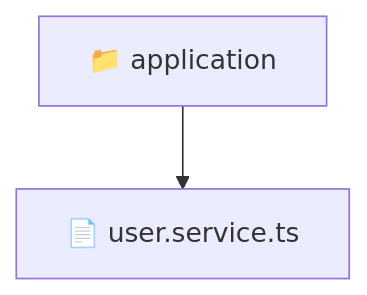
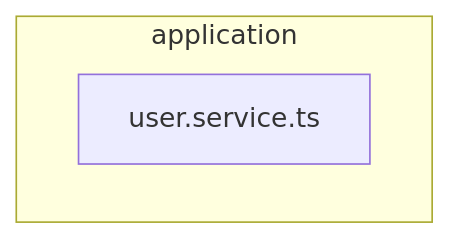
The diagram in backend/src/modules/user/application/README.md (beginwebdev2002/fullstack-mavluda), drawn with Mermaid before and after one commit. The commit also changed other lines of this file and 163 other files, not shown here.

````diff
--- a/backend/src/modules/user/application/README.md
+++ b/backend/src/modules/user/application/README.md
@@ -9,5 +15,6 @@
 ```mermaid
 graph TD
-  Root["📁 application"]
-  Root --> user_service_ts["📄 user.service.ts"]
+  subgraph application
+    user_service_ts["user.service.ts"]
+  end
 ```
````
